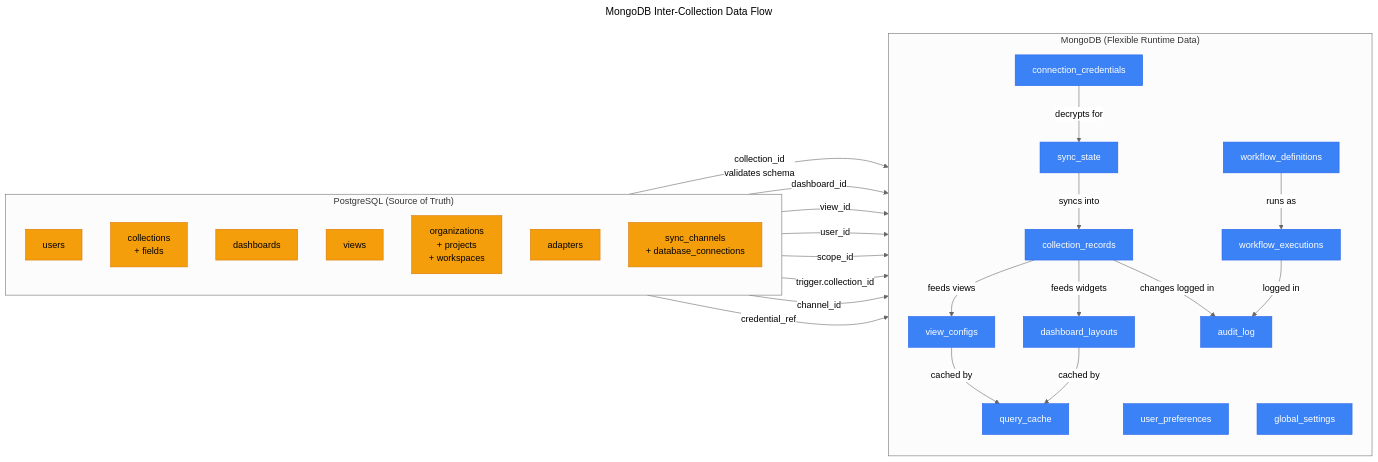
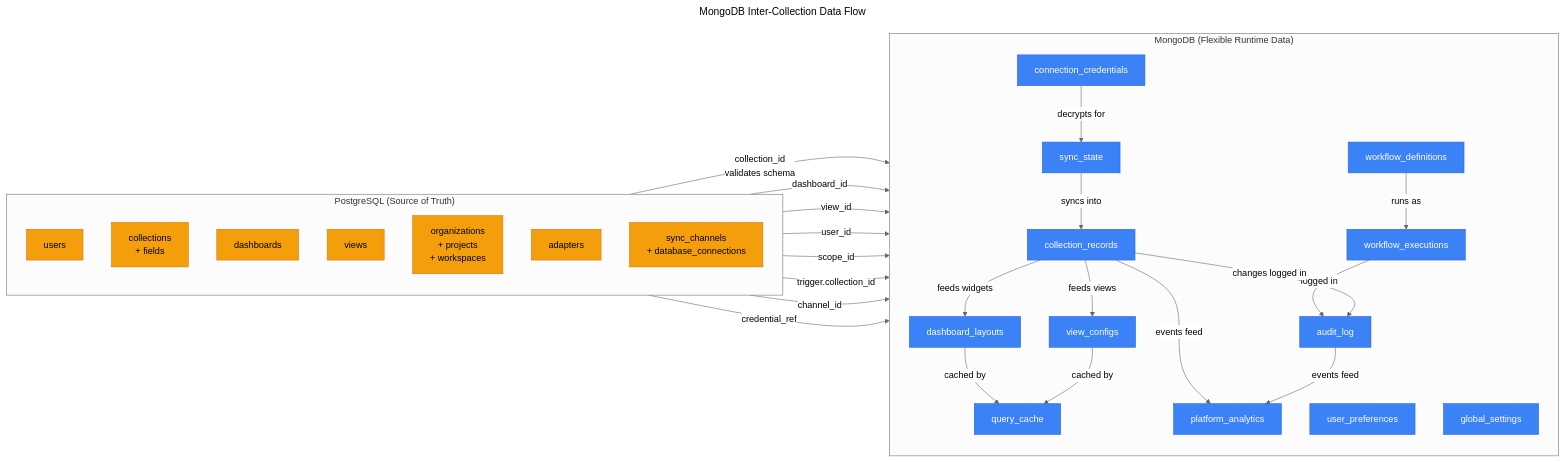
Before and after one commit to Univers42/transcendance: the second of 17 diagrams in Model/nosql/nosql_diagram.md, drawn with Mermaid (neutral theme). The commit also changed other lines of this file and 12 other files, not shown here.

````diff
--- a/Model/nosql/nosql_diagram.md
+++ b/Model/nosql/nosql_diagram.md
@@ -70,53 +79,57 @@
 ```mermaid
 ---
 title: MongoDB Inter-Collection Data Flow
 ---
 flowchart LR
     classDef sql fill:#f59e0b,stroke:#d97706,color:#000
     classDef mongo fill:#3b82f6,stroke:#2563eb,color:#fff
 
     subgraph SQL["PostgreSQL (Source of Truth)"]
         direction TB
         S_USERS["users"]:::sql
         S_COLL["collections\n+ fields"]:::sql
         S_DASH["dashboards"]:::sql
         S_VIEWS["views"]:::sql
         S_ORG["organizations\n+ projects\n+ workspaces"]:::sql
         S_ADAPT["adapters"]:::sql
         S_SYNC["sync_channels\n+ database_connections"]:::sql
     end
 
     subgraph MONGO["MongoDB (Flexible Runtime Data)"]
         direction TB
         CR["collection_records"]:::mongo
         DL["dashboard_layouts"]:::mongo
         VC["view_configs"]:::mongo
         UP["user_preferences"]:::mongo
         GS["global_settings"]:::mongo
         WD["workflow_definitions"]:::mongo
         WE["workflow_executions"]:::mongo
         QC["query_cache"]:::mongo
         AL["audit_log"]:::mongo
         SS["sync_state"]:::mongo
         CC["connection_credentials"]:::mongo
+        PA["platform_analytics"]:::mongo
     end
 
     S_COLL -- "collection_id\nvalidates schema" --> CR
     S_DASH -- "dashboard_id" --> DL
     S_VIEWS -- "view_id" --> VC
     S_USERS -- "user_id" --> UP
     S_ORG -- "scope_id" --> GS
     S_COLL -- "trigger.collection_id" --> WD
     S_SYNC -- "channel_id" --> SS
     S_SYNC -- "credential_ref" --> CC
 
     CR -- "feeds widgets" --> DL
     CR -- "feeds views" --> VC
     DL -- "cached by" --> QC
     VC -- "cached by" --> QC
     WD -- "runs as" --> WE
     WE -- "logged in" --> AL
     CR -- "changes logged in" --> AL
     SS -- "syncs into" --> CR
     CC -- "decrypts for" --> SS
+
+    CR -- "events feed" --> PA
+    AL -- "events feed" --> PA
 ```
````
